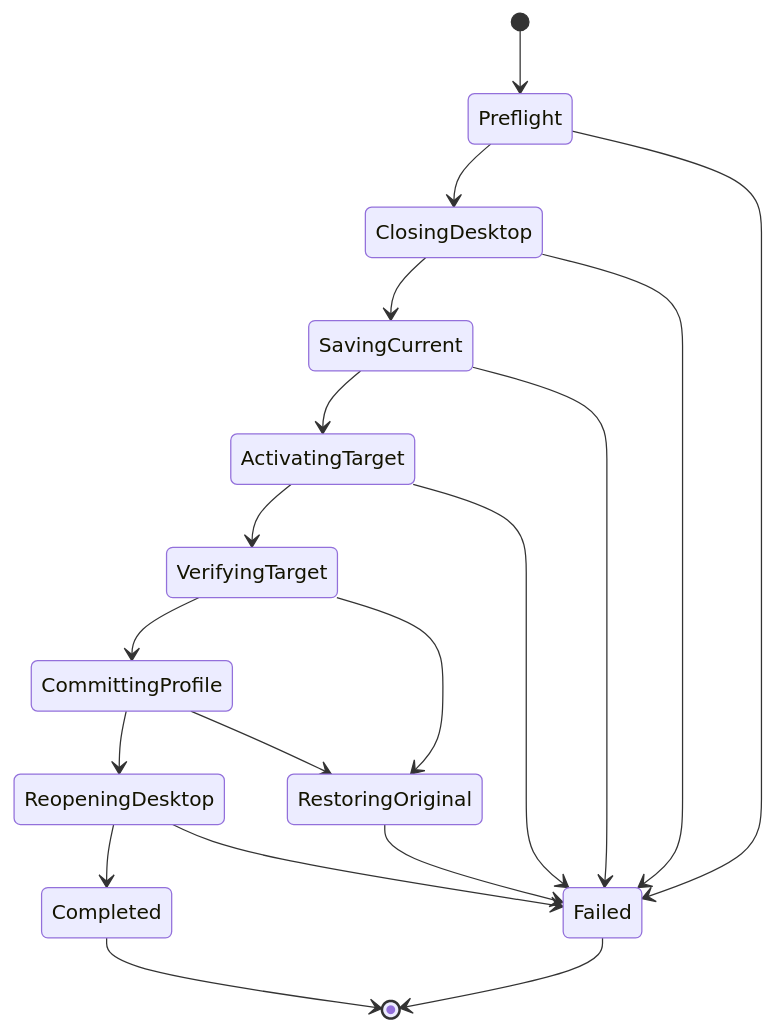
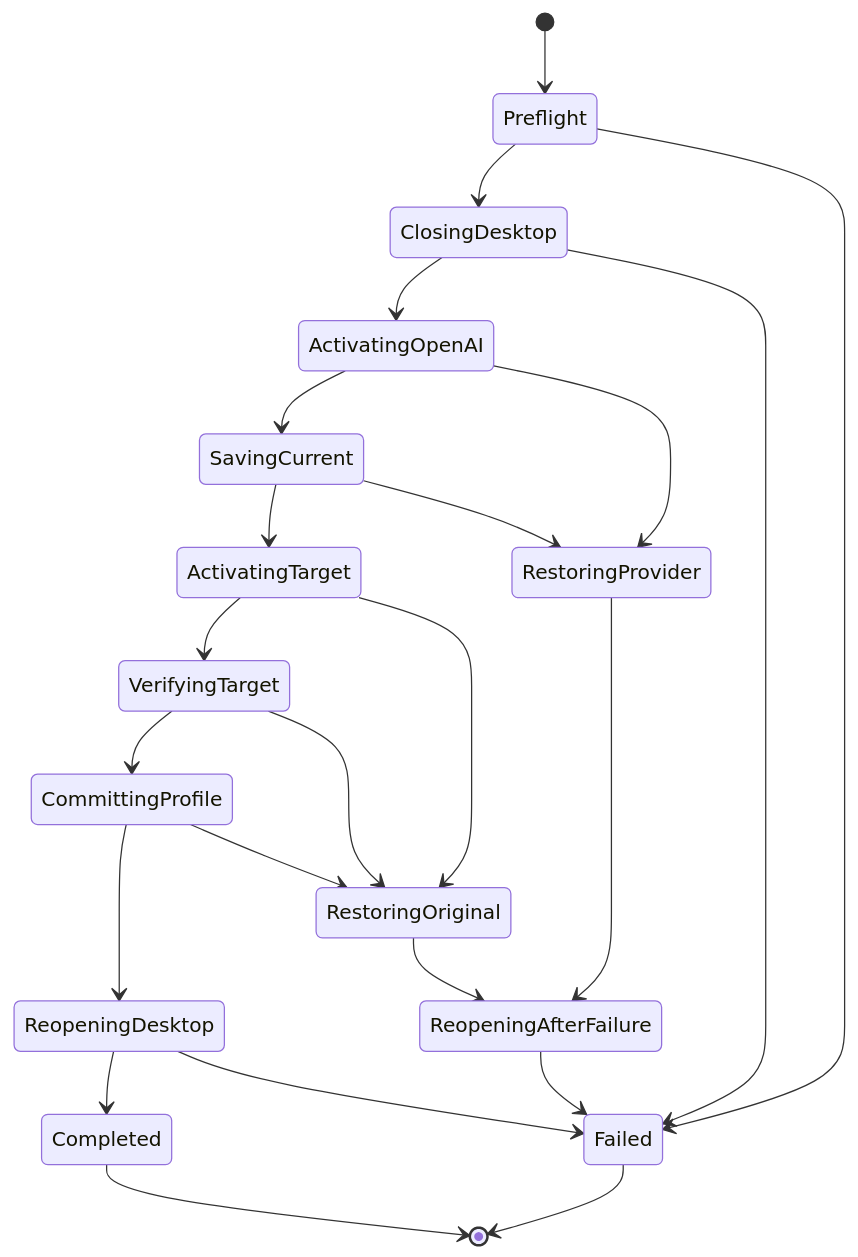
One commit to liuzhao1225/codex-account-switcher changed the second of 3 diagrams in docs/system-design.md. Above: the diagram before and after it, drawn with Mermaid. The commit also changed other lines of this file and 44 other files, not shown here.

Commit message:
Add opt-in provider and OpenAI API switching

````diff
--- a/docs/system-design.md
+++ b/docs/system-design.md
@@ -428,23 +451,27 @@
 ```mermaid
 stateDiagram-v2
     [*] --> Preflight
     Preflight --> ClosingDesktop
-    ClosingDesktop --> SavingCurrent
+    ClosingDesktop --> ActivatingOpenAI
+    ActivatingOpenAI --> SavingCurrent
     SavingCurrent --> ActivatingTarget
     ActivatingTarget --> VerifyingTarget
     VerifyingTarget --> CommittingProfile
     CommittingProfile --> ReopeningDesktop
     ReopeningDesktop --> Completed
 
     Preflight --> Failed
     ClosingDesktop --> Failed
-    SavingCurrent --> Failed
-    ActivatingTarget --> Failed
+    ActivatingOpenAI --> RestoringProvider
+    SavingCurrent --> RestoringProvider
+    ActivatingTarget --> RestoringOriginal
     VerifyingTarget --> RestoringOriginal
     CommittingProfile --> RestoringOriginal
-    RestoringOriginal --> Failed
+    RestoringProvider --> ReopeningAfterFailure
+    RestoringOriginal --> ReopeningAfterFailure
+    ReopeningAfterFailure --> Failed
     ReopeningDesktop --> Failed
 
     Completed --> [*]
     Failed --> [*]
 ```
````
